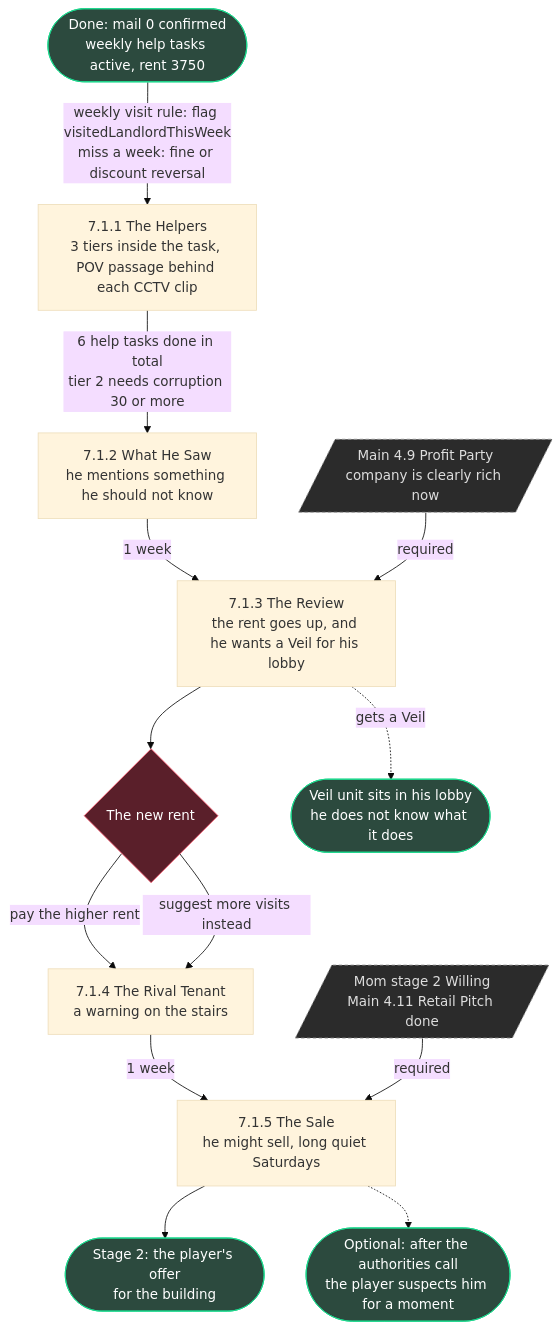
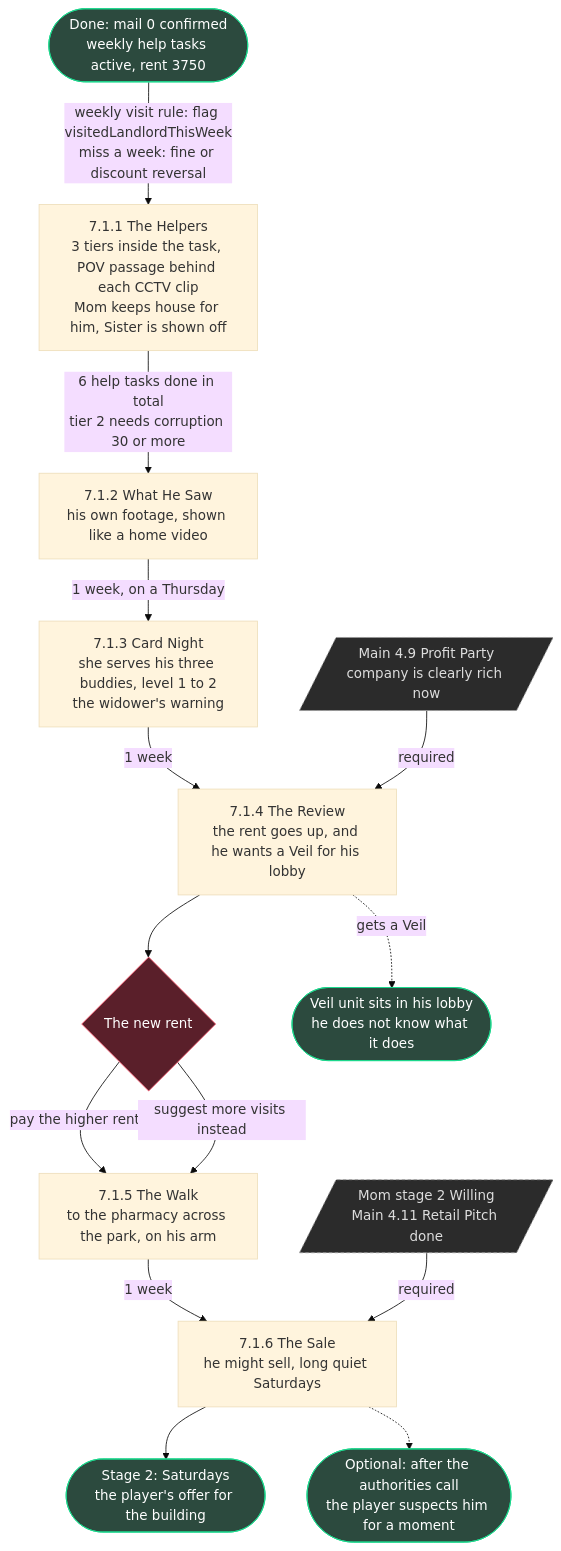
One commit to MichaelWinsauer/RTR changed the fourth of 9 diagrams in STAGE1_FLOWCHARTS.md. Above: the diagram before and after it, drawn with Mermaid (base theme). The commit also changed other lines of this file and 2 other files, not shown here.

Commit message:
plan: stage 1 quest planning prep

````diff
--- a/STAGE1_FLOWCHARTS.md
+++ b/STAGE1_FLOWCHARTS.md
@@ -251,34 +251,36 @@
 ```mermaid
 flowchart TD
   S0(["Done: mail 0 confirmed<br/>weekly help tasks active, rent 3750"]):::done
 
-  L1["7.1.1 The Helpers<br/>3 tiers inside the task, POV passage behind each CCTV clip"]
-  L2["7.1.2 What He Saw<br/>he mentions something he should not know"]
-  L3["7.1.3 The Review<br/>the rent goes up, and he wants a Veil for his lobby"]
+  L1["7.1.1 The Helpers<br/>3 tiers inside the task, POV passage behind each CCTV clip<br/>Mom keeps house for him, Sister is shown off"]
+  L2["7.1.2 What He Saw<br/>his own footage, shown like a home video"]
+  L3["7.1.3 Card Night<br/>she serves his three buddies, level 1 to 2<br/>the widower's warning"]
+  L4["7.1.4 The Review<br/>the rent goes up, and he wants a Veil for his lobby"]
   D1{"The new rent"}:::offer
-  L4["7.1.4 The Rival Tenant<br/>a warning on the stairs"]
-  L5["7.1.5 The Sale<br/>he might sell, long quiet Saturdays"]
-  S2(["Stage 2: the player's offer<br/>for the building"]):::done
+  L5["7.1.5 The Walk<br/>to the pharmacy across the park, on his arm"]
+  L6["7.1.6 The Sale<br/>he might sell, long quiet Saturdays"]
+  S2(["Stage 2: Saturdays<br/>the player's offer for the building"]):::done
 
   G0[/"Main 4.9 Profit Party<br/>company is clearly rich now"/]:::gate
   G1[/"Mom stage 2 Willing<br/>Main 4.11 Retail Pitch done"/]:::gate
   X1(["Veil unit sits in his lobby<br/>he does not know what it does"]):::done
   X2(["Optional: after the authorities call<br/>the player suspects him for a moment"]):::done
 
   S0 -->|"weekly visit rule: flag visitedLandlordThisWeek<br/>miss a week: fine or discount reversal"| L1
   L1 -->|"6 help tasks done in total<br/>tier 2 needs corruption 30 or more"| L2
-  L2 -->|"1 week"| L3
-  G0 -->|"required"| L3
-  L3 -.->|"gets a Veil"| X1
-  L3 --> D1
-  D1 -->|"pay the higher rent"| L4
-  D1 -->|"suggest more visits instead"| L4
-  L4 -->|"1 week"| L5
-  G1 -->|"required"| L5
-  L5 --> S2
-  L5 -.-> X2
+  L2 -->|"1 week, on a Thursday"| L3
+  L3 -->|"1 week"| L4
+  G0 -->|"required"| L4
+  L4 -.->|"gets a Veil"| X1
+  L4 --> D1
+  D1 -->|"pay the higher rent"| L5
+  D1 -->|"suggest more visits instead"| L5
+  L5 -->|"1 week"| L6
+  G1 -->|"required"| L6
+  L6 --> S2
+  L6 -.-> X2
 
   classDef done fill:#2c4a3e,stroke:#1cd88d,color:#fff
   classDef offer fill:#5a1f2a,stroke:#ff6479,color:#fff
   classDef gate fill:#2b2b2b,stroke:#999,color:#ddd,stroke-dasharray:4 3
 ```
````
